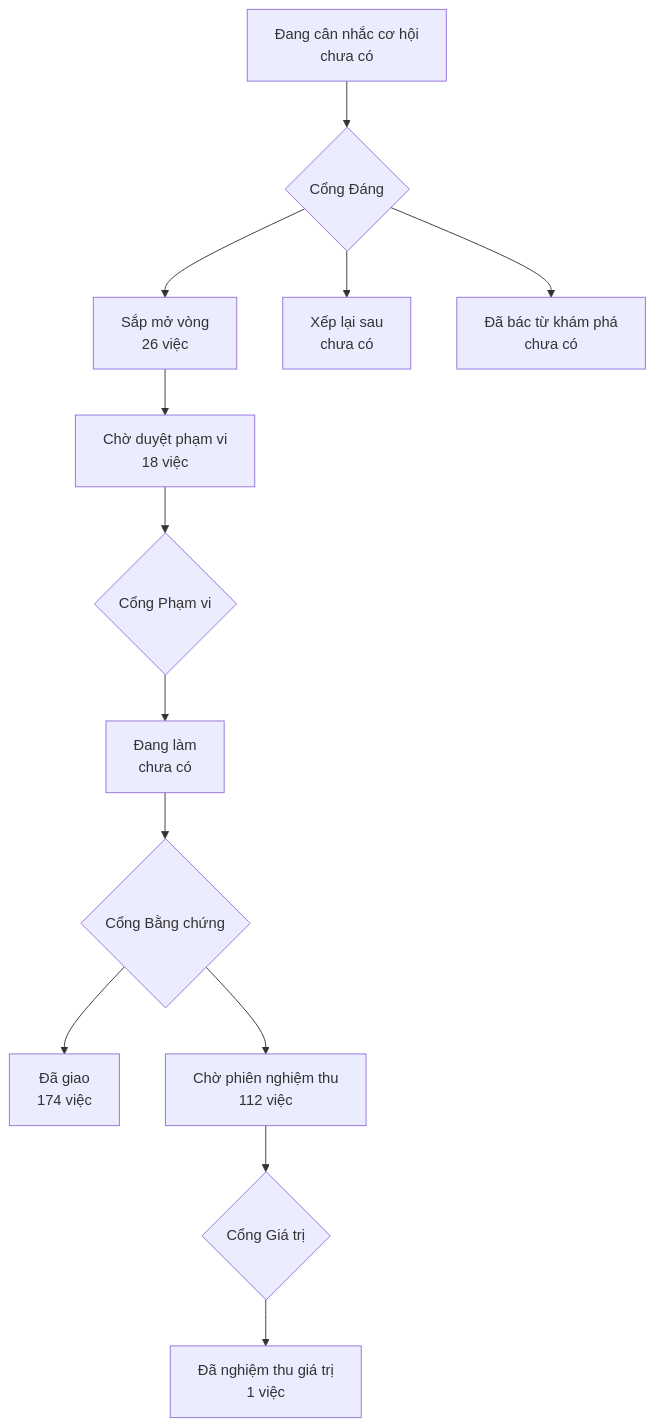
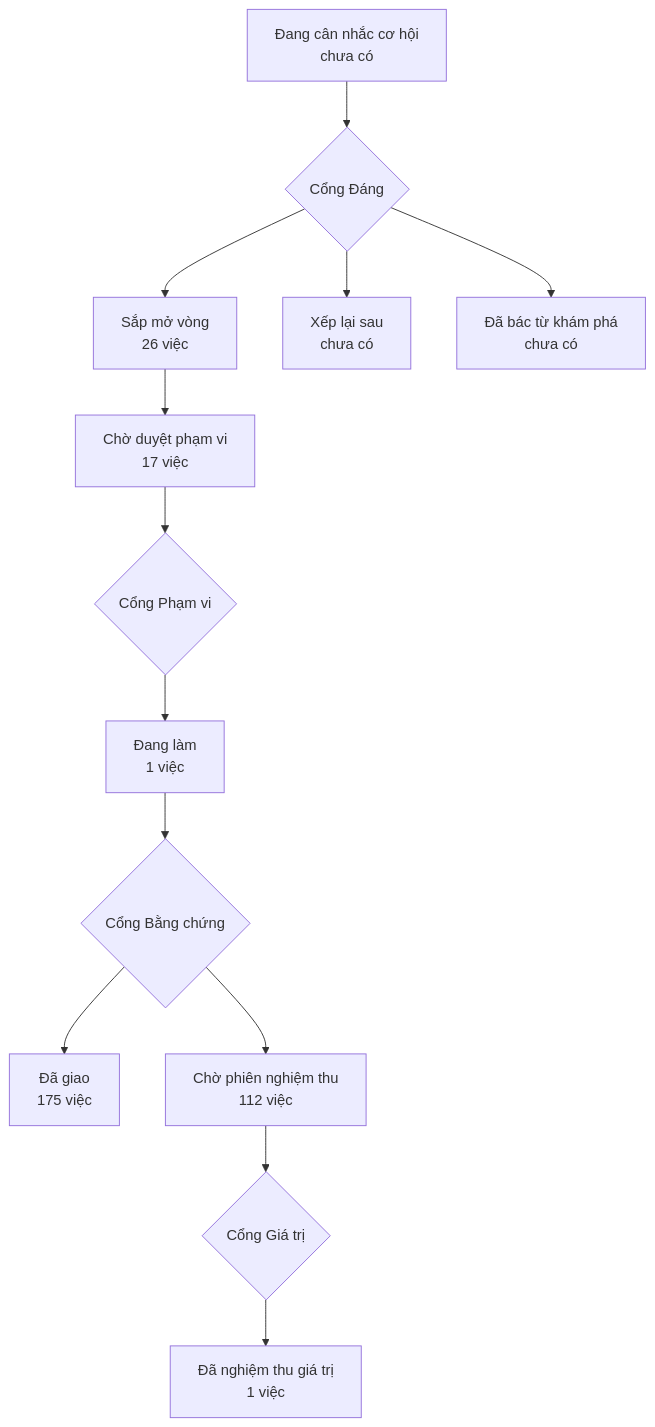
Before and after one commit to phanlemanh/onehub-invest: the diagram in PRODUCT-MAP.md, drawn with Mermaid. The commit also changed other lines of this file and 1 other file, not shown here.

Commit message:
chore: sinh lại bản đồ sau khi gộp main

````diff
--- a/PRODUCT-MAP.md
+++ b/PRODUCT-MAP.md
@@ -7,12 +7,12 @@
 ```mermaid
 flowchart TD
   A["Đang cân nhắc cơ hội<br/>chưa có"] --> GD{"Cổng Đáng"}
   GD --> B["Sắp mở vòng<br/>26 việc"]
   GD --> XL["Xếp lại sau<br/>chưa có"]
   GD --> DB["Đã bác từ khám phá<br/>chưa có"]
-  B --> CD["Chờ duyệt phạm vi<br/>18 việc"] --> GP{"Cổng Phạm vi"}
-  GP --> DL["Đang làm<br/>chưa có"] --> GB{"Cổng Bằng chứng"}
-  GB --> DG["Đã giao<br/>174 việc"]
+  B --> CD["Chờ duyệt phạm vi<br/>17 việc"] --> GP{"Cổng Phạm vi"}
+  GP --> DL["Đang làm<br/>1 việc"] --> GB{"Cổng Bằng chứng"}
+  GB --> DG["Đã giao<br/>175 việc"]
   GB --> CN["Chờ phiên nghiệm thu<br/>112 việc"] --> GG{"Cổng Giá trị"}
   GG --> NT["Đã nghiệm thu giá trị<br/>1 việc"]
 ```
````
